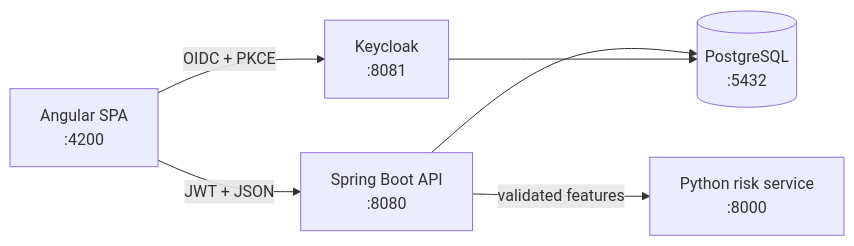
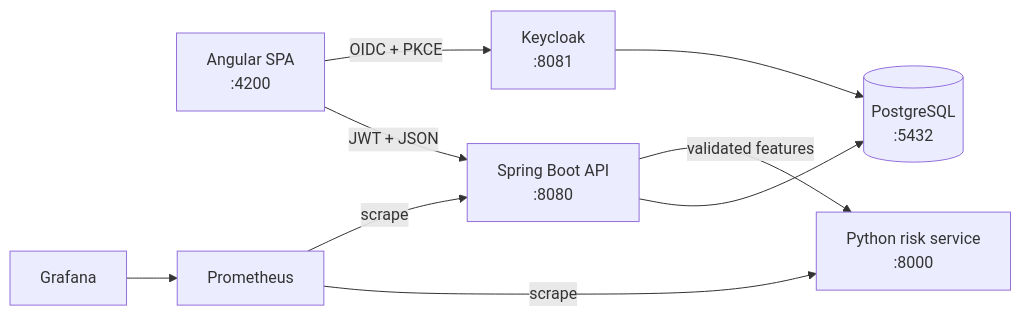
One commit to MontassarBenMesmia/insurflow-platform changed the diagram in README.md. Above: the diagram before and after it, drawn with Mermaid. The commit also changed other lines of this file and 37 other files, not shown here.

````diff
--- a/README.md
+++ b/README.md
@@ -30,8 +33,11 @@
 ```mermaid
 flowchart LR
     Browser[Angular SPA<br/>:4200] -->|OIDC + PKCE| IAM[Keycloak<br/>:8081]
     Browser -->|JWT + JSON| API[Spring Boot API<br/>:8080]
     API -->|validated features| ML[Python risk service<br/>:8000]
     API --> DB[(PostgreSQL<br/>:5432)]
     IAM --> DB
+    PROM[Prometheus] -->|scrape| API
+    PROM -->|scrape| ML
+    GRAF[Grafana] --> PROM
 ```
````
